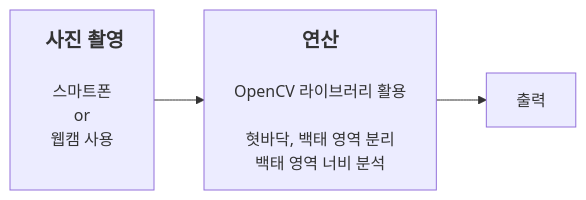
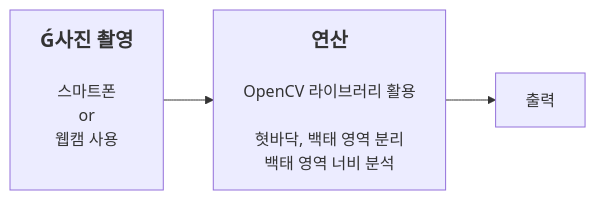
Before and after one commit to 201710808/-p: the diagram in Readme.md, drawn with Mermaid.

````diff
--- a/Readme.md
+++ b/Readme.md
@@ -3,5 +3,5 @@
 ```mermaid
 graph LR
-A[<b><span style='font-size:20px'>&#160;사진 촬영</span></b><br><br>스마트폰\nor\n웹캠 사용<br><br>]-->B[<b><span style='font-size:20px'>연산</span></b><br><br>OpenCV 라이브러리 활용<br><br>혓바닥, 백태 영역 분리<br>백태 영역 너비 분석]
+A[<b><span style='font-size:20px'>&#500;사진 촬영</span></b><br><br>스마트폰\nor\n웹캠 사용<br><br>]-->B[<b><span style='font-size:20px'>연산</span></b><br><br>OpenCV 라이브러리 활용<br><br>혓바닥, 백태 영역 분리<br>백태 영역 너비 분석]
 B-->C[출력]
 ```
````
